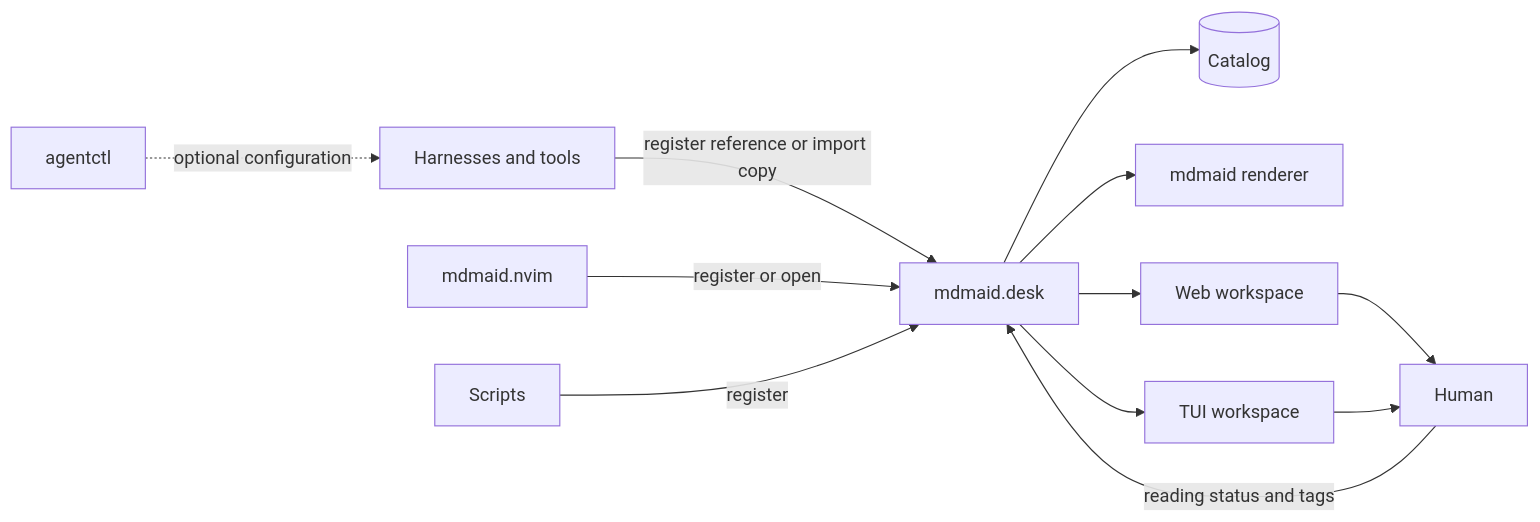
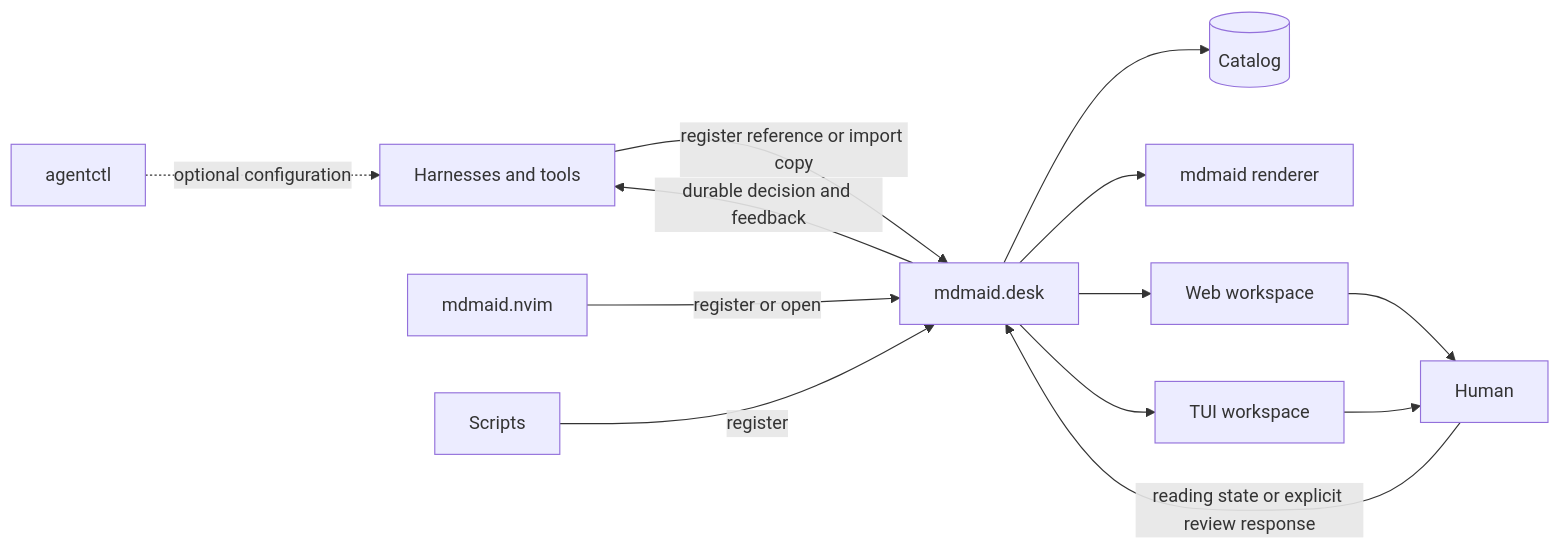
Before and after one commit to riidii-md/mdmaid.desk: the diagram in README.md, drawn with Mermaid. The commit also changed other lines of this file and 19 other files, not shown here.

Commit message:
feat: add explicit human review gates

````diff
--- a/README.md
+++ b/README.md
@@ -249,14 +289,15 @@
 ```mermaid
 flowchart LR
     A[Harnesses and tools] -->|register reference or import copy| S[mdmaid.desk]
     CFG[agentctl] -.->|optional configuration| A
     N[mdmaid.nvim] -->|register or open| S
     X[Scripts] -->|register| S
     S --> CAT[(Catalog)]
     S --> M[mdmaid renderer]
     S --> W[Web workspace]
     S --> T[TUI workspace]
     W --> H[Human]
     T --> H
-    H -->|reading status and tags| S
+    H -->|reading state or explicit review response| S
+    S -->|durable decision and feedback| A
 ```
````
